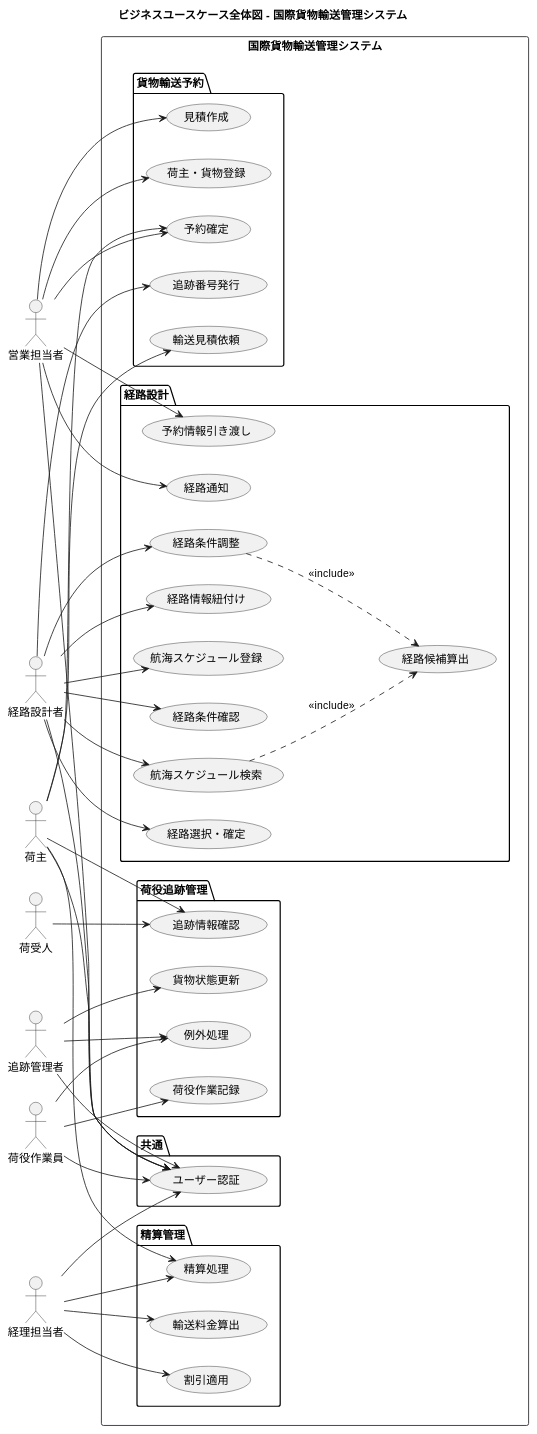
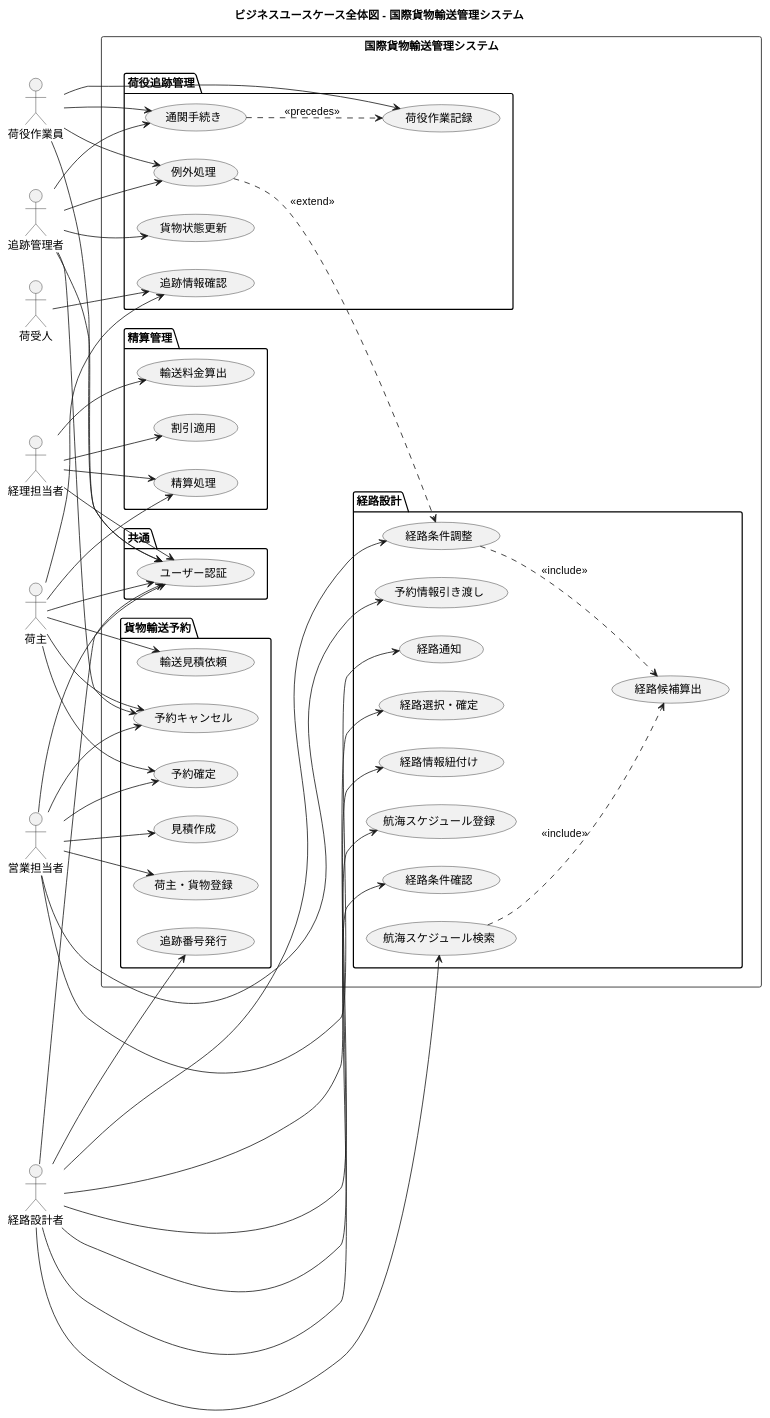
Before and after one commit to k2works/case-study-cargo-tracker: the diagram in docs/requirements/business_usecase.md, drawn with PlantUML. The commit also changed other lines of this file and 3 other files, not shown here.

```diff
--- a/docs/requirements/business_usecase.md
+++ b/docs/requirements/business_usecase.md
@@ -33,6 +33,7 @@
     usecase "荷主・貨物登録" as BUC03
     usecase "予約確定" as BUC04
     usecase "追跡番号発行" as BUC05
+    usecase "予約キャンセル" as BUC24
   }
   package 経路設計 {
     usecase "航海スケジュール登録" as BUC21
@@ -50,6 +51,7 @@
     usecase "貨物状態更新" as BUC15
     usecase "追跡情報確認" as BUC16
     usecase "例外処理" as BUC17
+    usecase "通関手続き" as BUC23
   }
   package 精算管理 {
     usecase "輸送料金算出" as BUC18
@@ -81,8 +83,15 @@
 BUC11 ..> BUC09 : <<include>>
 荷役作業員 --> BUC14
 荷役作業員 --> BUC17
+荷役作業員 --> BUC23
 追跡管理者 --> BUC15
 追跡管理者 --> BUC17
+追跡管理者 --> BUC23
+追跡管理者 --> BUC24
+営業担当者 --> BUC24
+荷主 --> BUC24
+BUC23 ..> BUC14 : <<precedes>>
+BUC17 ..> BUC11 : <<extend>>
 経理担当者 --> BUC18
 経理担当者 --> BUC19
 経理担当者 --> BUC20
```
